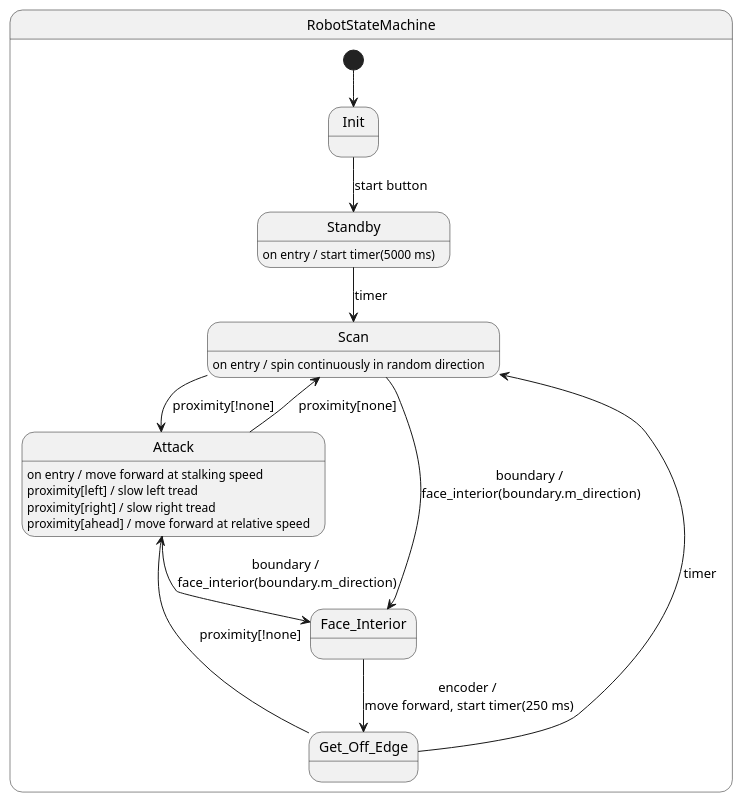
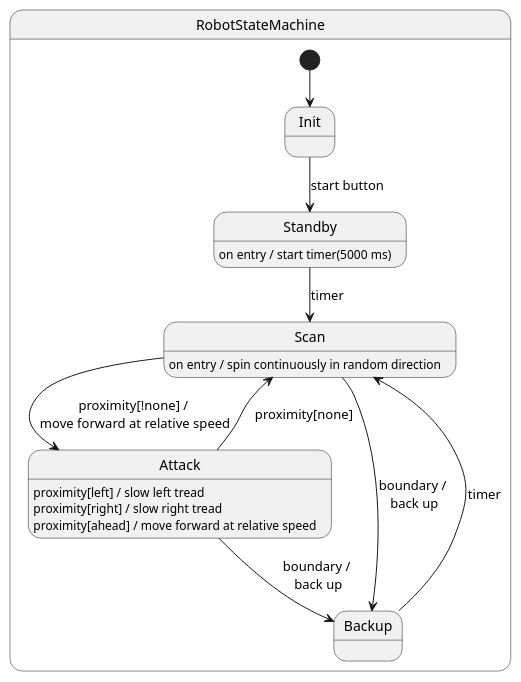
One commit to AndrewWasHere/juggerbot changed the diagram in statechart.puml. Above: the diagram before and after it, drawn with PlantUML. The commit also changed 10 other files, not shown here.

```diff
--- a/statechart.puml
+++ b/statechart.puml
@@ -1,20 +1,17 @@
 @startuml
 state RobotStateMachine {
     [*] --> Init
     Init --> Standby : start button
     Standby : on entry / start timer(5000 ms)
     Standby --> Scan : timer 
     Scan : on entry / spin continuously in random direction
-    Scan --> Attack : proximity[!none] 
-    Scan --> Face_Interior : boundary / \nface_interior(boundary.m_direction)
-    Attack : on entry / move forward at stalking speed
+    Scan --> Attack : proximity[!none] / \nmove forward at relative speed
+    Scan --> Backup : boundary / \nback up
     Attack : proximity[left] / slow left tread
     Attack : proximity[right] / slow right tread
     Attack : proximity[ahead] / move forward at relative speed
     Attack --> Scan : proximity[none]
-    Attack --> Face_Interior : boundary / \nface_interior(boundary.m_direction)
-    Face_Interior --> Get_Off_Edge : encoder / \nmove forward, start timer(250 ms)
-    Get_Off_Edge --> Scan : timer 
-    Get_Off_Edge --> Attack : proximity[!none]
+    Attack --> Backup : boundary / \nback up
+    Backup --> Scan : timer 
 }
 @enduml
```
